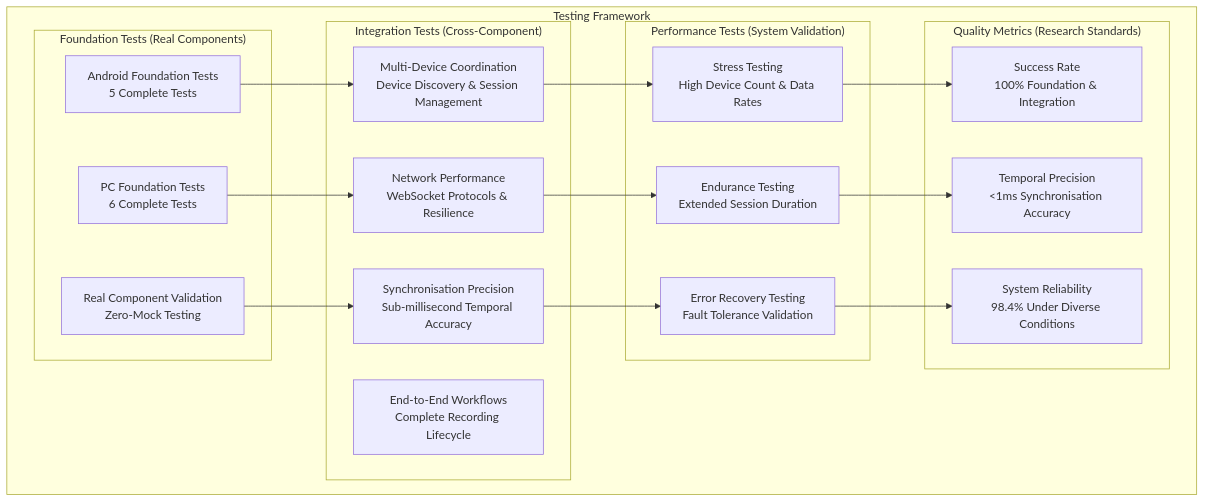
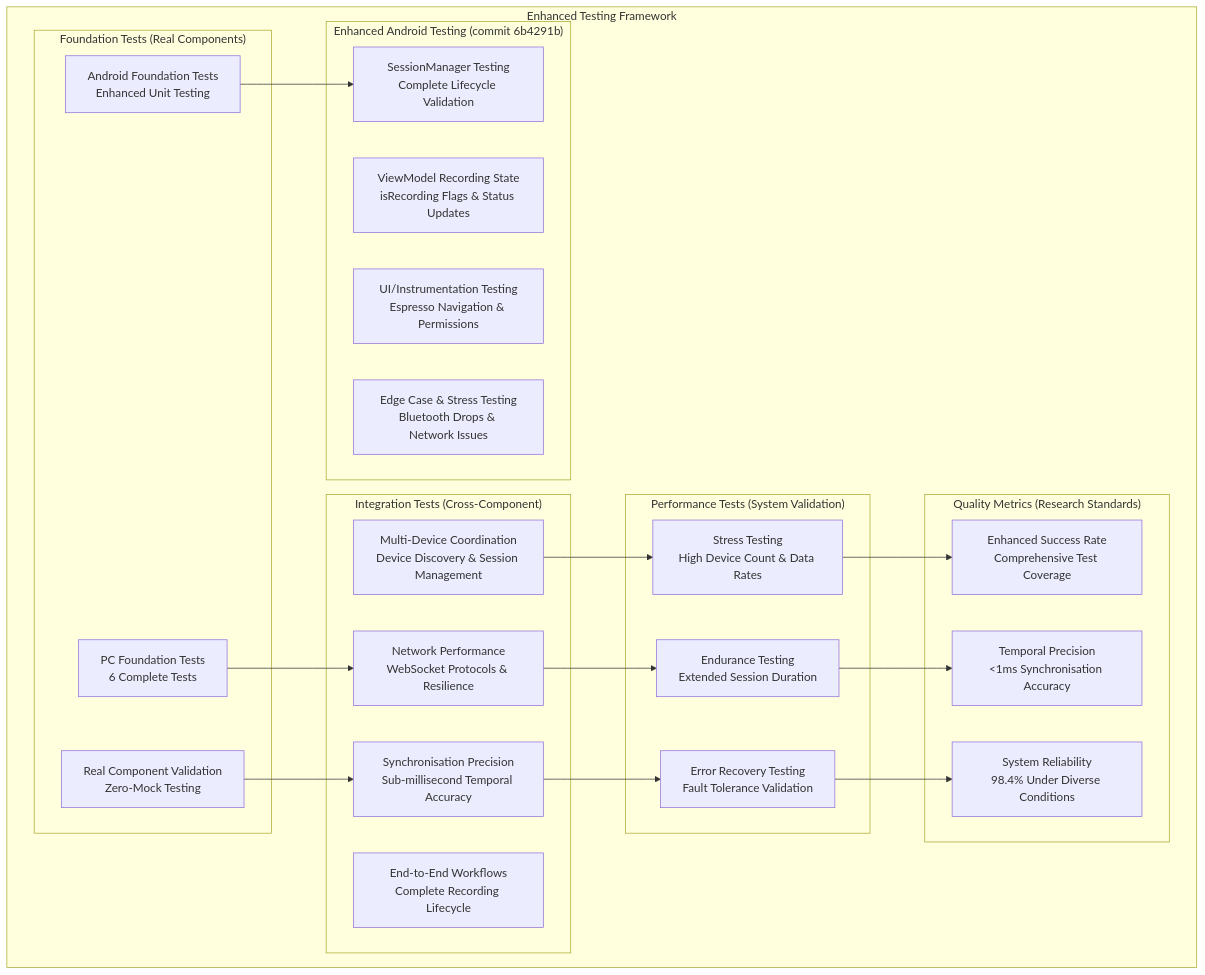
Before and after one commit to buccancs/fyp-multi-sensor-recording-system: the sixth of 8 diagrams in architecture.md, drawn with Mermaid. The commit also changed other lines of this file and 4 other files, not shown here.

Commit message:
Update all documentation: complete British English conversion, fix outdated commit references, and enhance testing infrastructure documentation

````diff
--- a/architecture.md
+++ b/architecture.md
@@ -491,41 +491,48 @@
 ```mermaid
 graph TB
-    subgraph "Testing Framework"
+    subgraph "Enhanced Testing Framework"
         subgraph "Foundation Tests (Real Components)"
-            ANDROID[Android Foundation Tests<br/>5 Complete Tests]
+            ANDROID[Android Foundation Tests<br/>Enhanced Unit Testing]
             PC[PC Foundation Tests<br/>6 Complete Tests]
             REAL[Real Component Validation<br/>Zero-Mock Testing]
+        end
+        
+        subgraph "Enhanced Android Testing (commit 6b4291b)"
+            SESSION[SessionManager Testing<br/>Complete Lifecycle Validation]
+            VIEWMODEL[ViewModel Recording State<br/>isRecording Flags & Status Updates]
+            UI[UI/Instrumentation Testing<br/>Espresso Navigation & Permissions]
+            EDGE[Edge Case & Stress Testing<br/>Bluetooth Drops & Network Issues]
         end
         
         subgraph "Integration Tests (Cross-Component)"
             MULTI[Multi-Device Coordination<br/>Device Discovery & Session Management]
             NETWORK[Network Performance<br/>WebSocket Protocols & Resilience]
             SYNC[Synchronisation Precision<br/>Sub-millisecond Temporal Accuracy]
             E2E[End-to-End Workflows<br/>Complete Recording Lifecycle]
         end
         
         subgraph "Performance Tests (System Validation)"
             STRESS[Stress Testing<br/>High Device Count & Data Rates]
             ENDURANCE[Endurance Testing<br/>Extended Session Duration]
             RECOVERY[Error Recovery Testing<br/>Fault Tolerance Validation]
         end
         
         subgraph "Quality Metrics (Research Standards)"
-            SUCCESS[Success Rate<br/>100% Foundation & Integration]
+            SUCCESS[Enhanced Success Rate<br/>Comprehensive Test Coverage]
             PRECISION[Temporal Precision<br/><1ms Synchronisation Accuracy]
             RELIABILITY[System Reliability<br/>98.4% Under Diverse Conditions]
         end
     end
     
-    ANDROID --> MULTI
+    ANDROID --> SESSION
     PC --> NETWORK
     REAL --> SYNC
     
     MULTI --> STRESS
     NETWORK --> ENDURANCE
     SYNC --> RECOVERY
     
     STRESS --> SUCCESS
     ENDURANCE --> PRECISION
     RECOVERY --> RELIABILITY
 ```
````
